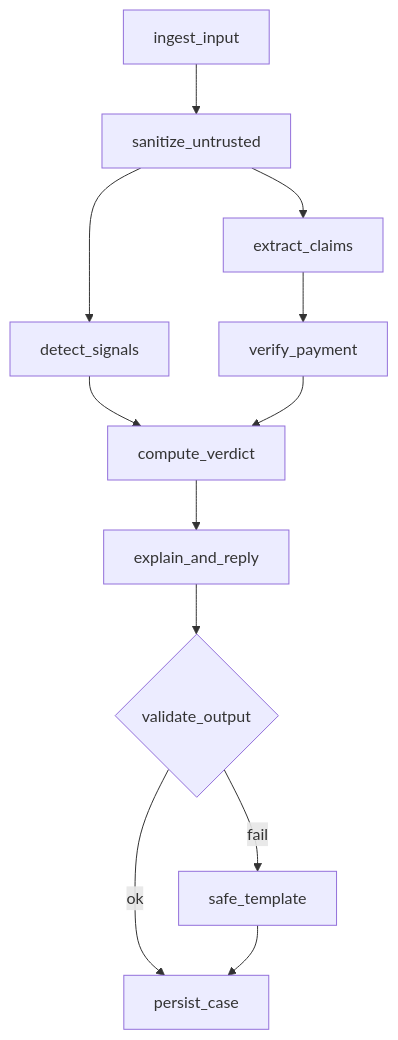
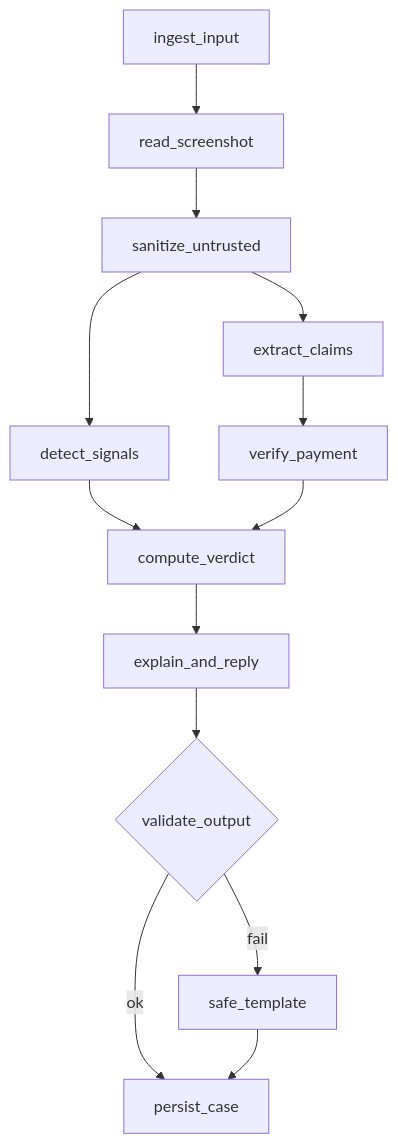
Before and after one commit to Dee-Tee11/VendorGuard: the first of 3 diagrams in README.md, drawn with Mermaid. The commit also changed other lines of this file and 15 other files, not shown here.

````diff
--- a/README.md
+++ b/README.md
@@ -39,11 +41,11 @@
 ```mermaid
 flowchart TD
-  A[ingest_input] --> B[sanitize_untrusted]
+  A[ingest_input] --> R[read_screenshot] --> B[sanitize_untrusted]
   B --> C[detect_signals]
   B --> D[extract_claims] --> E[verify_payment]
   C --> F[compute_verdict]
   E --> F
   F --> G[explain_and_reply] --> H{validate_output}
   H -- ok --> I[persist_case]
   H -- fail --> J[safe_template] --> I
 ```
````
